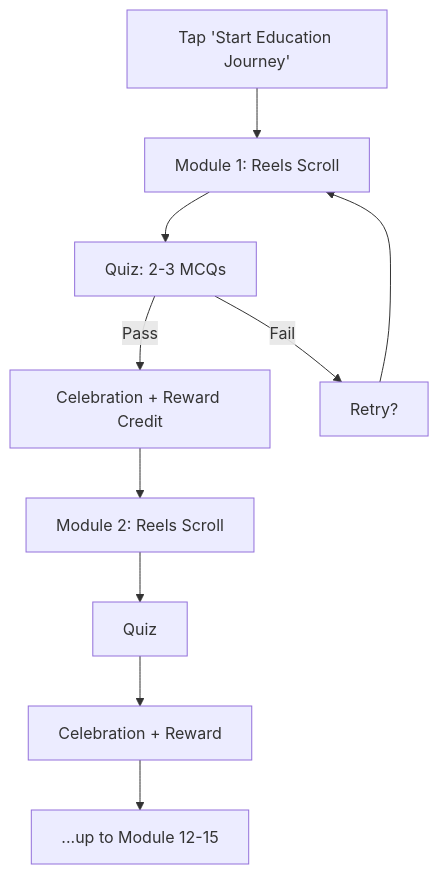
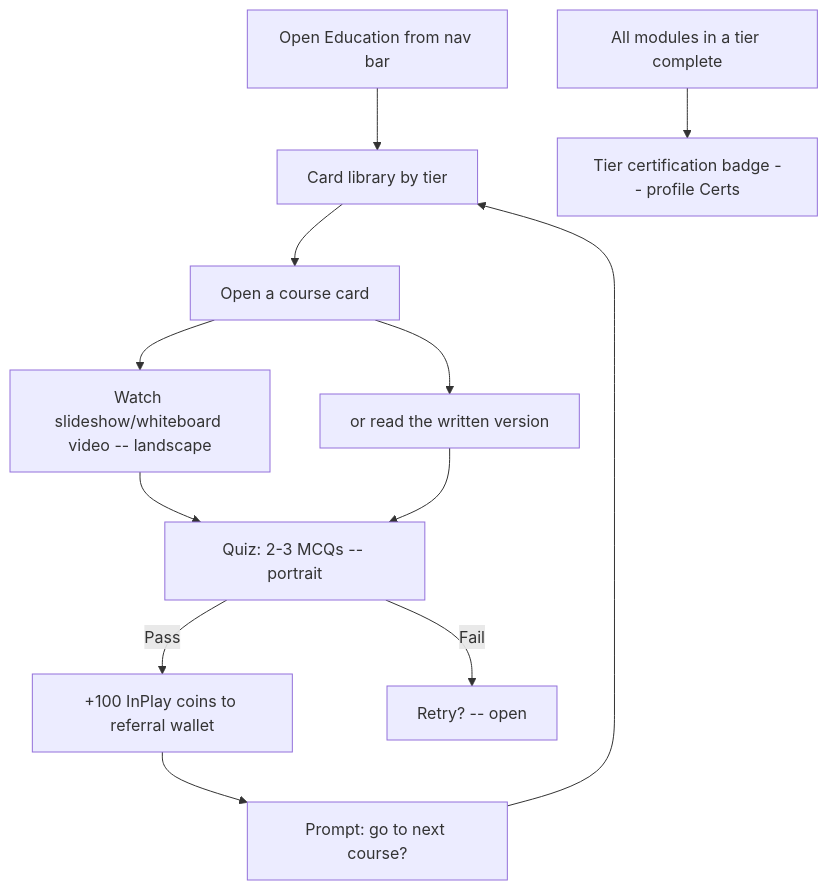
Before and after one commit to Novosapien/inplay-vault: the first of 2 diagrams in vault/components/education/education.md, drawn with Mermaid. The commit also changed other lines of this file and 4 other files, not shown here.

````diff
--- a/vault/components/education/education.md
+++ b/vault/components/education/education.md
@@ -119,12 +126,14 @@
 ```mermaid
 graph TD
-    Start[Tap 'Start Education Journey'] --> M1[Module 1: Reels Scroll]
-    M1 --> Q1[Quiz: 2-3 MCQs]
-    Q1 -->|Pass| C1[Celebration + Reward Credit]
-    Q1 -->|Fail| R1[Retry?]
-    R1 --> M1
-    C1 --> M2[Module 2: Reels Scroll]
-    M2 --> Q2[Quiz]
-    Q2 --> C2[Celebration + Reward]
-    C2 --> Mn[...up to Module 12-15]
+    Nav[Open Education from nav bar] --> Lib[Card library by tier]
+    Lib --> Card[Open a course card]
+    Card --> V[Watch slideshow/whiteboard video -- landscape]
+    Card --> R[or read the written version]
+    V --> Q[Quiz: 2-3 MCQs -- portrait]
+    R --> Q
+    Q -->|Pass| Reward[+100 InPlay coins to referral wallet]
+    Reward --> Next[Prompt: go to next course?]
+    Q -->|Fail| Retry[Retry? -- open]
+    Next --> Lib
+    Tier[All modules in a tier complete] --> Cert[Tier certification badge -- profile Certs]
 ```
````
